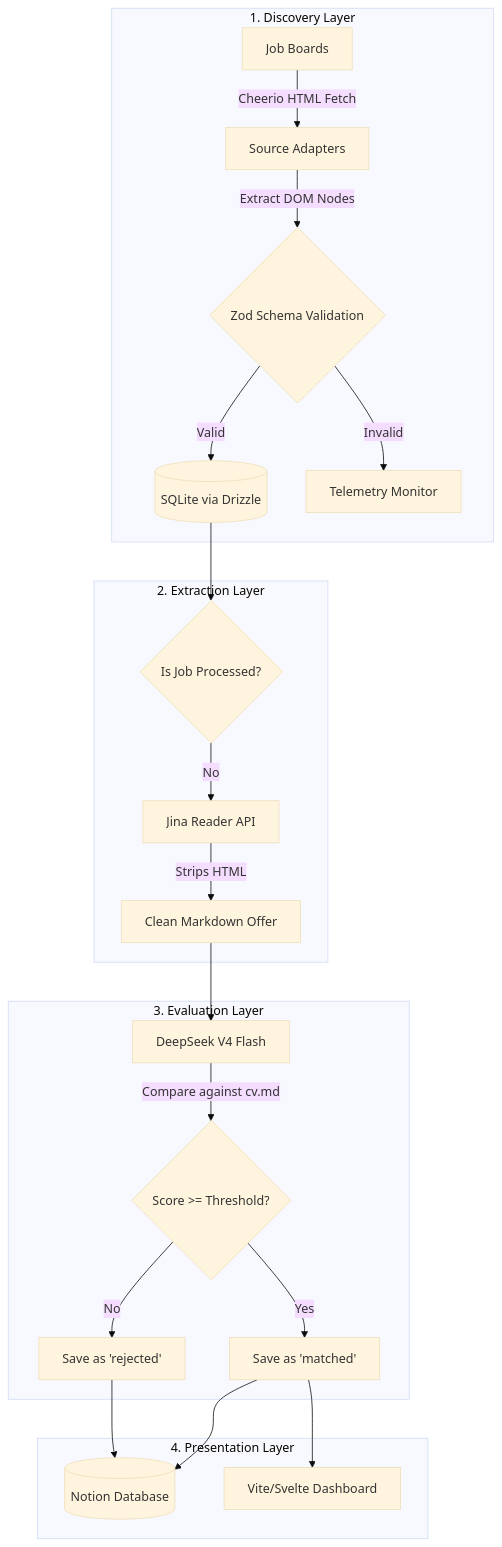
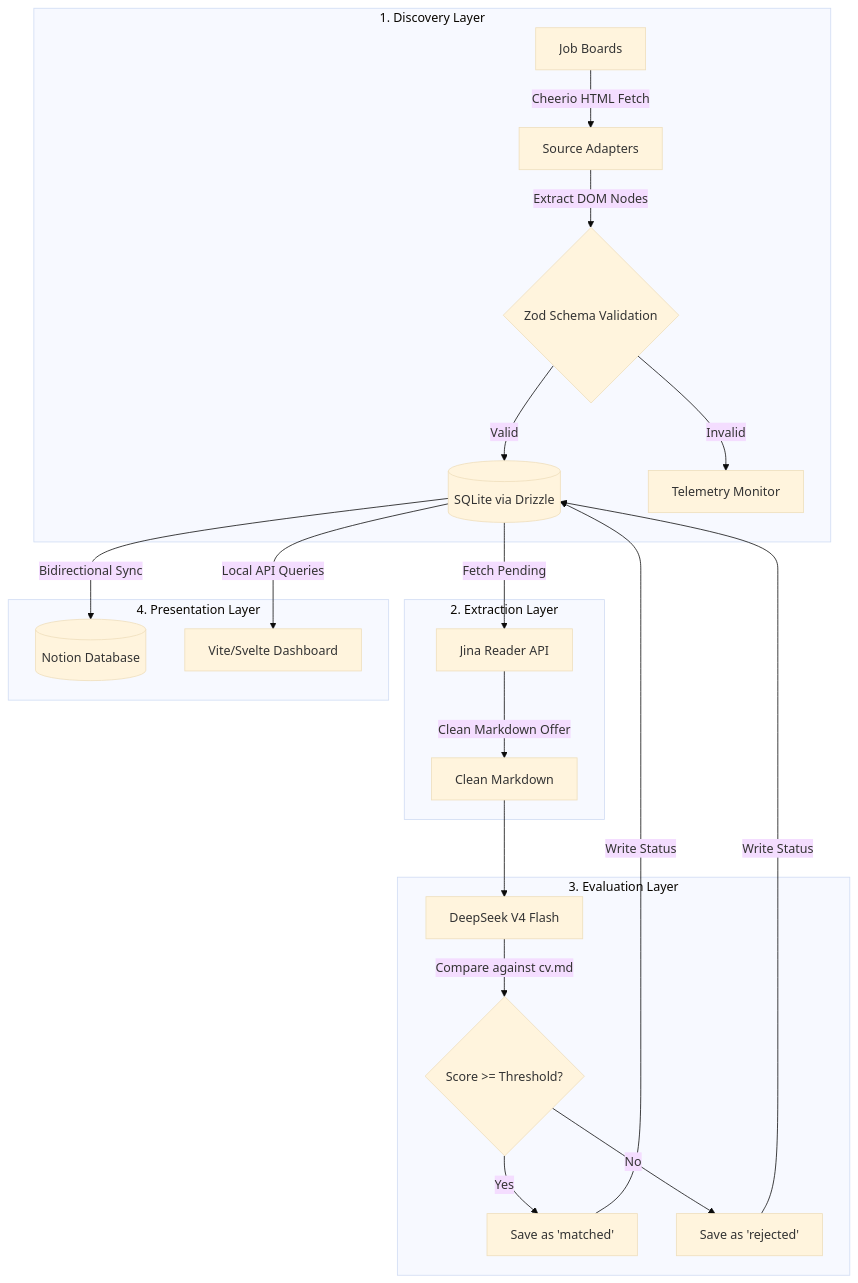
Before and after one commit to dandrok/jobetl: the diagram in README.md, drawn with Mermaid (base theme).

````diff
--- a/README.md
+++ b/README.md
@@ -57,28 +57,28 @@
 ```mermaid
 flowchart TD
     subgraph Discovery [1. Discovery Layer]
         A[Job Boards] -->|Cheerio HTML Fetch| B[Source Adapters]
         B -->|Extract DOM Nodes| C{Zod Schema Validation}
         C -->|Valid| D[(SQLite via Drizzle)]
         C -->|Invalid| E[Telemetry Monitor]
     end
 
     subgraph Extraction [2. Extraction Layer]
-        D --> F{Is Job Processed?}
-        F -->|No| G[Jina Reader API]
-        G -->|Strips HTML| H[Clean Markdown Offer]
+        D -->|Fetch Pending| F[Jina Reader API]
+        F -->|Clean Markdown Offer| G[Clean Markdown]
     end
 
     subgraph Intelligence [3. Evaluation Layer]
-        H --> I[DeepSeek V4 Flash]
-        I -->|Compare against cv.md| J{Score >= Threshold?}
-        J -->|Yes| K[Save as 'matched']
-        J -->|No| L[Save as 'rejected']
+        G --> H[DeepSeek V4 Flash]
+        H -->|Compare against cv.md| I{Score >= Threshold?}
+        I -->|Yes| J[Save as 'matched']
+        I -->|No| K[Save as 'rejected']
+        J -->|Write Status| D
+        K -->|Write Status| D
     end
 
-    subgraph Integration [4. Presentation Layer]
-        K --> M[(Notion Database)]
-        L --> M
-        K --> N[Vite/Svelte Dashboard]
+    subgraph Presentation [4. Presentation Layer]
+        D -->|Bidirectional Sync| L[(Notion Database)]
+        D -->|Local API Queries| M[Vite/Svelte Dashboard]
     end
 ```
````
